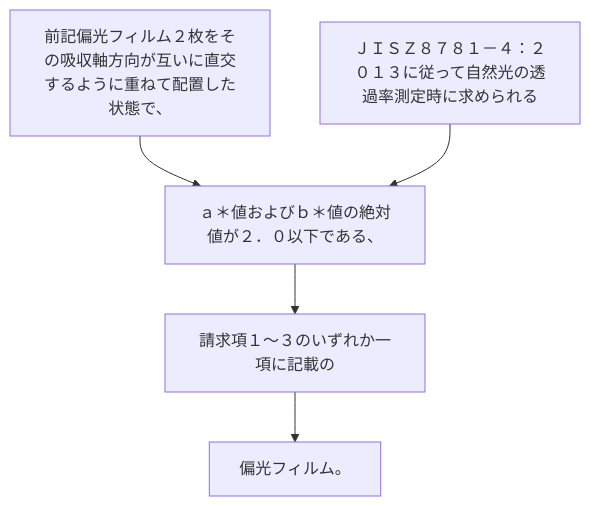
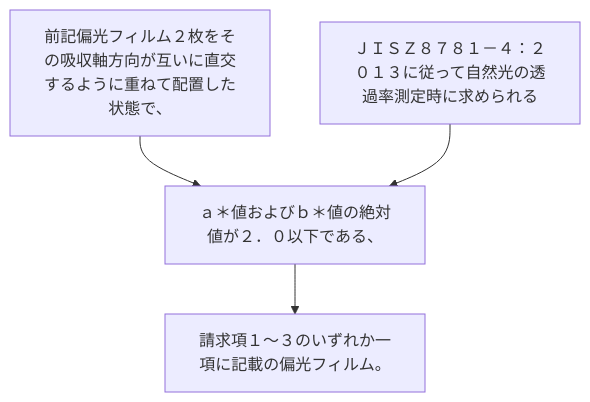
The diagram in 2024/JP2024031583A/claim_6/README.md (shinmori55/patent_analyzed), drawn with Mermaid before and after one commit. The commit also changed 336 other files, not shown here.

````diff
--- a/2024/JP2024031583A/claim_6/README.md
+++ b/2024/JP2024031583A/claim_6/README.md
@@ -2,12 +2,10 @@
 ```mermaid
 flowchart TD
 A[前記偏光フィルム２枚をその吸収軸方向が互いに直交するように重ねて配置した状態で、]
 B[ＪＩＳＺ８７８１－４：２０１３に従って自然光の透過率測定時に求められる]
 C[ａ＊値およびｂ＊値の絶対値が２．０以下である、]
-D[請求項１～３のいずれか一項に記載の]
-E[偏光フィルム。]
+D[請求項１～３のいずれか一項に記載の偏光フィルム。]
 A --> C
 B --> C
 C --> D
-D --> E
 ```
````
